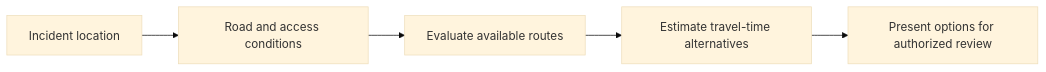
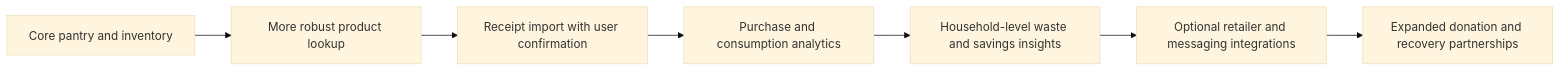
Before and after one commit to 1900690105/smartpantryai: the sixth of 6 diagrams in README.md, drawn with Mermaid (base theme). The commit also changed other lines of this file, not shown here.

````diff
--- a/README.md
+++ b/README.md
@@ -402,7 +339,9 @@
 ```mermaid
 flowchart LR
-    A["Incident location"] --> B["Road and access conditions"]
-    B --> C["Evaluate available routes"]
-    C --> D["Estimate travel-time alternatives"]
-    D --> E["Present options for authorized review"]
+    A["Core pantry and inventory"] --> B["More robust product lookup"]
+    B --> C["Receipt import with user confirmation"]
+    C --> D["Purchase and consumption analytics"]
+    D --> E["Household-level waste and savings insights"]
+    E --> F["Optional retailer and messaging integrations"]
+    F --> G["Expanded donation and recovery partnerships"]
 ```
````
